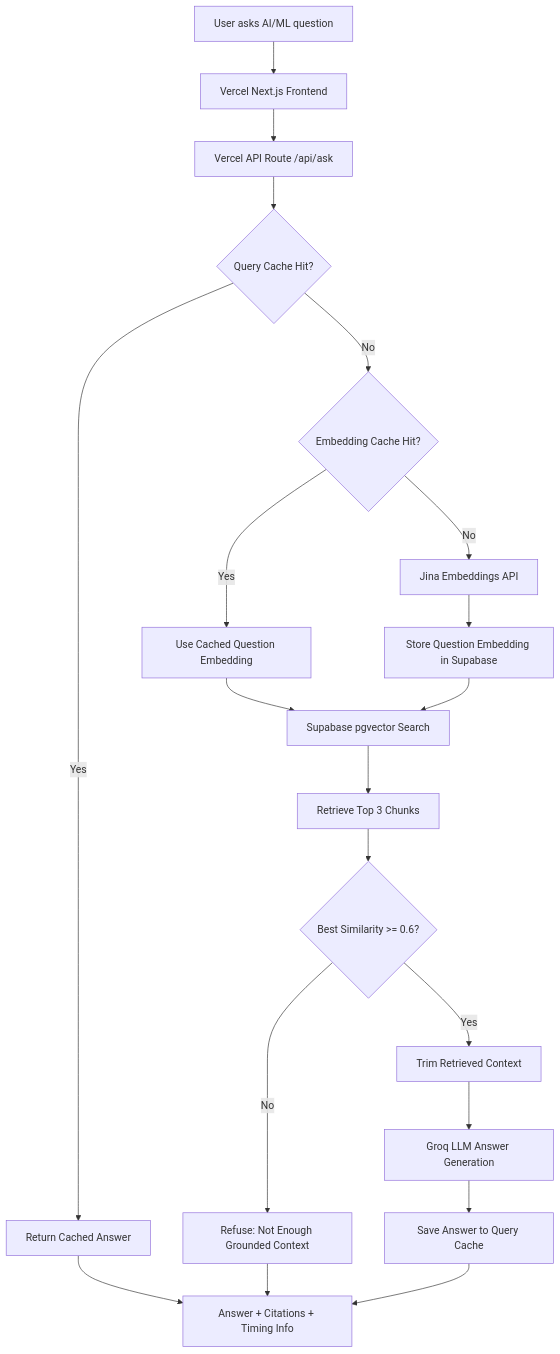
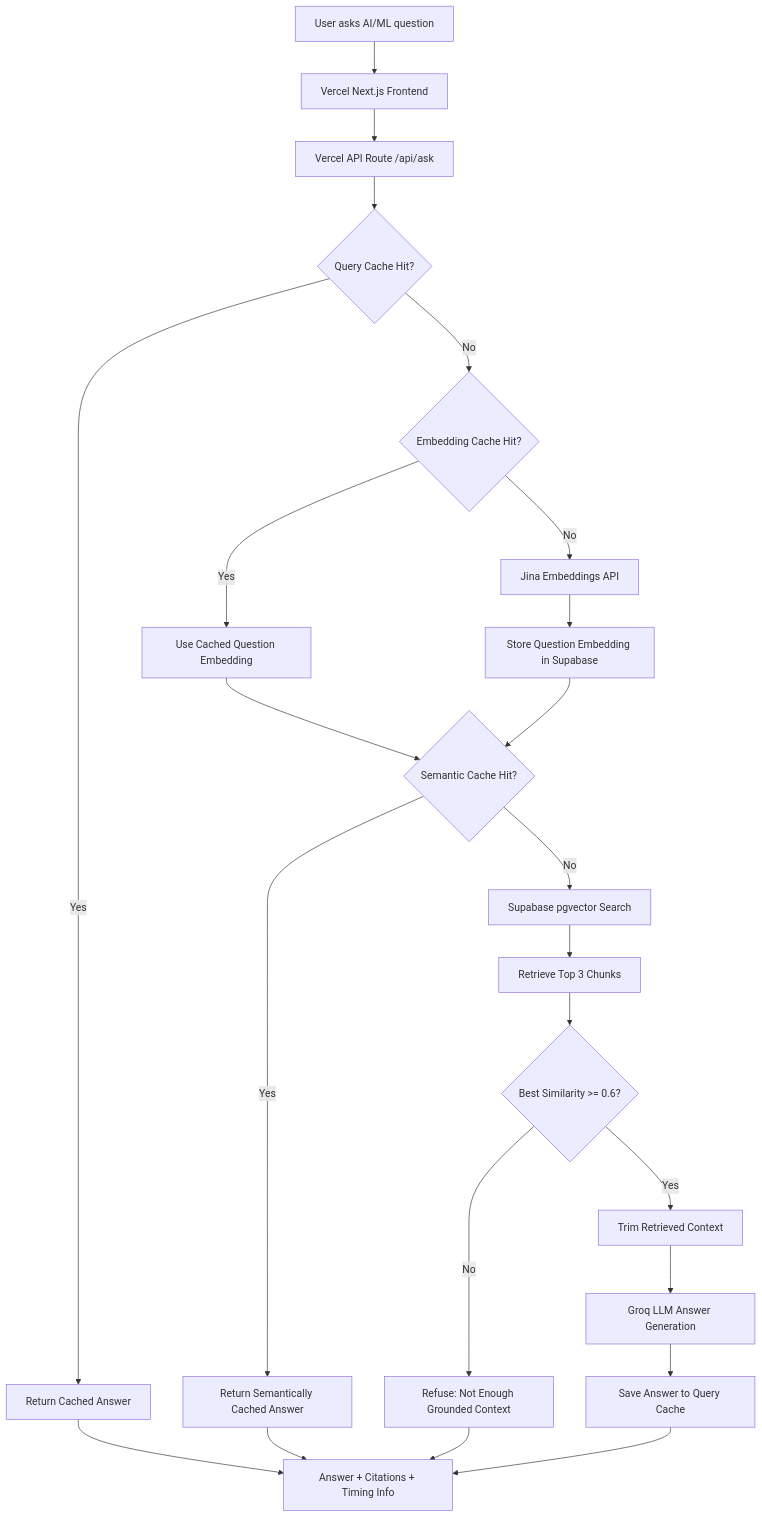
One commit to Shreevikas-BJ/ml-course-document-rag changed the diagram in README.md. Above: the diagram before and after it, drawn with Mermaid. The commit also changed other lines of this file and 12 other files, not shown here.

Commit message:
Add semantic cache and session history

````diff
--- a/README.md
+++ b/README.md
@@ -65,28 +66,31 @@
 ```mermaid
 flowchart TD
     A[User asks AI/ML question] --> B[Vercel Next.js Frontend]
     B --> C[Vercel API Route /api/ask]
 
     C --> D{Query Cache Hit?}
     D -->|Yes| E[Return Cached Answer]
     E --> Z[Answer + Citations + Timing Info]
 
     D -->|No| F{Embedding Cache Hit?}
     F -->|Yes| G[Use Cached Question Embedding]
     F -->|No| H[Jina Embeddings API]
     H --> I[Store Question Embedding in Supabase]
 
-    G --> J[Supabase pgvector Search]
-    I --> J
+    G --> Q{Semantic Cache Hit?}
+    I --> Q
+    Q -->|Yes| R[Return Semantically Cached Answer]
+    R --> Z
+    Q -->|No| J[Supabase pgvector Search]
 
     J --> K[Retrieve Top 3 Chunks]
     K --> L{Best Similarity >= 0.6?}
 
     L -->|No| M[Refuse: Not Enough Grounded Context]
     M --> Z
 
     L -->|Yes| N[Trim Retrieved Context]
     N --> O[Groq LLM Answer Generation]
     O --> P[Save Answer to Query Cache]
     P --> Z
 ```
````
